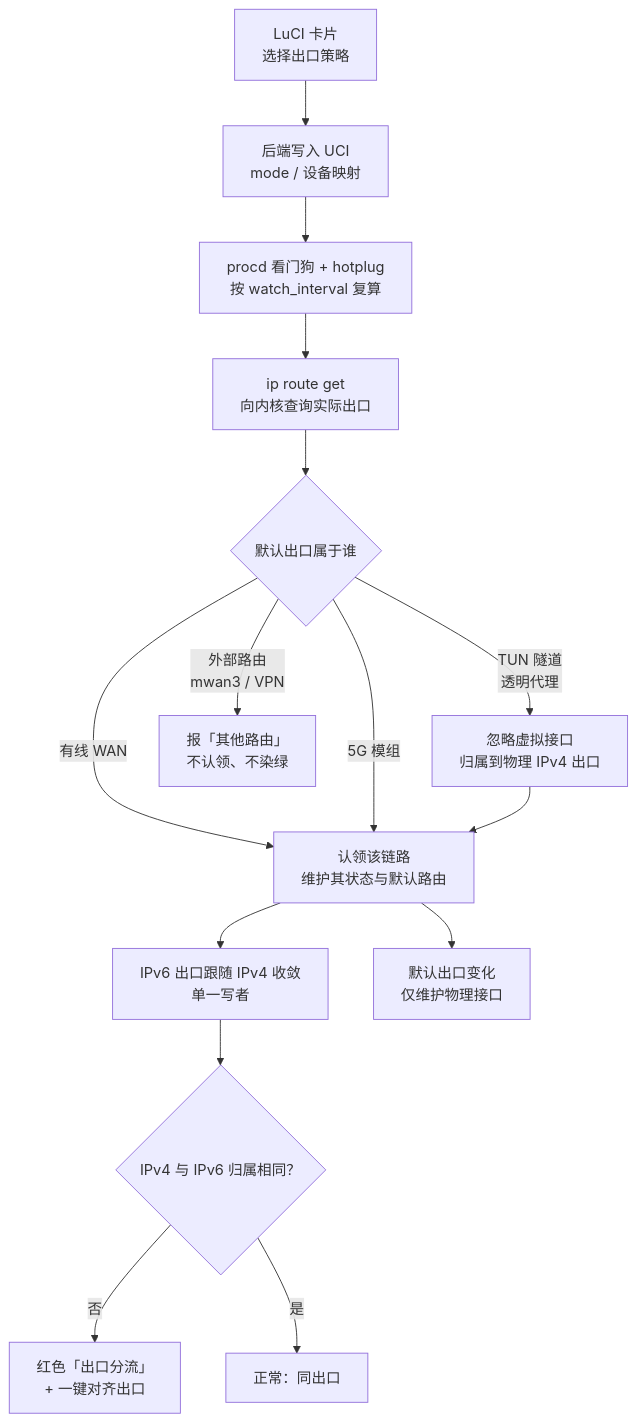
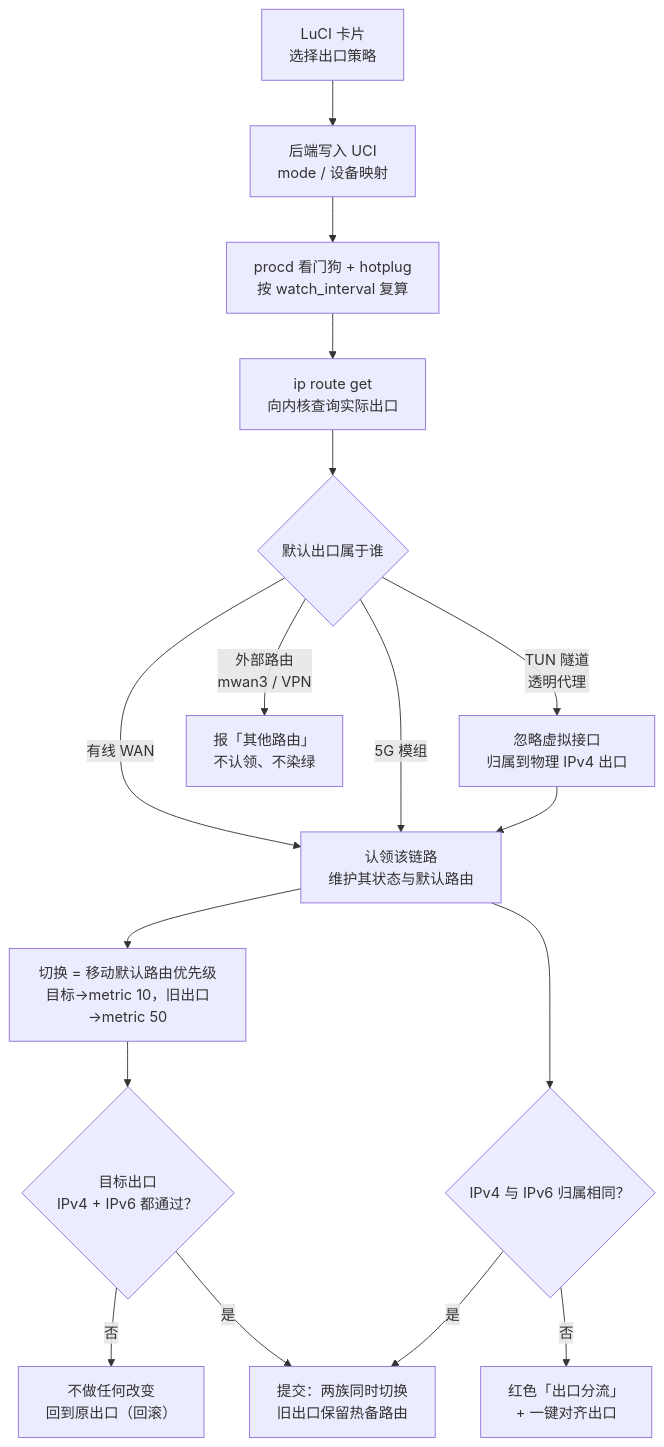
One commit to LianXia233/luci-app-h5000m-netmode changed the first of 2 diagrams in README.md. Above: the diagram before and after it, drawn with Mermaid. The commit also changed other lines of this file and 20 other files, not shown here.

````diff
--- a/README.md
+++ b/README.md
@@ -82,17 +82,19 @@
 ```mermaid
 flowchart TD
     A["LuCI 卡片<br/>选择出口策略"] --> B["后端写入 UCI<br/>mode / 设备映射"]
     B --> C["procd 看门狗 + hotplug<br/>按 watch_interval 复算"]
     C --> D["ip route get<br/>向内核查询实际出口"]
     D --> E{"默认出口属于谁"}
     E -->|"有线 WAN"| F["认领该链路<br/>维护其状态与默认路由"]
     E -->|"5G 模组"| F
     E -->|"TUN 隧道<br/>透明代理"| M["忽略虚拟接口<br/>归属到物理 IPv4 出口"]
     M --> F
     E -->|"外部路由<br/>mwan3 / VPN"| G["报「其他路由」<br/>不认领、不染绿"]
-    F --> H["IPv6 出口跟随 IPv4 收敛<br/>单一写者"]
-    H --> I{"IPv4 与 IPv6 归属相同？"}
+    F --> H["切换 = 移动默认路由优先级<br/>目标→metric 10，旧出口→metric 50"]
+    H --> P{"目标出口<br/>IPv4 + IPv6 都通过？"}
+    P -->|否| Q["不做任何改变<br/>回到原出口（回滚）"]
+    P -->|是| K["提交：两族同时切换<br/>旧出口保留热备路由"]
+    F --> I{"IPv4 与 IPv6 归属相同？"}
     I -->|否| J["红色「出口分流」<br/>+ 一键对齐出口"]
-    I -->|是| K["正常：同出口"]
-    F --> L["默认出口变化<br/>仅维护物理接口"]
+    I -->|是| K
 ```
````
